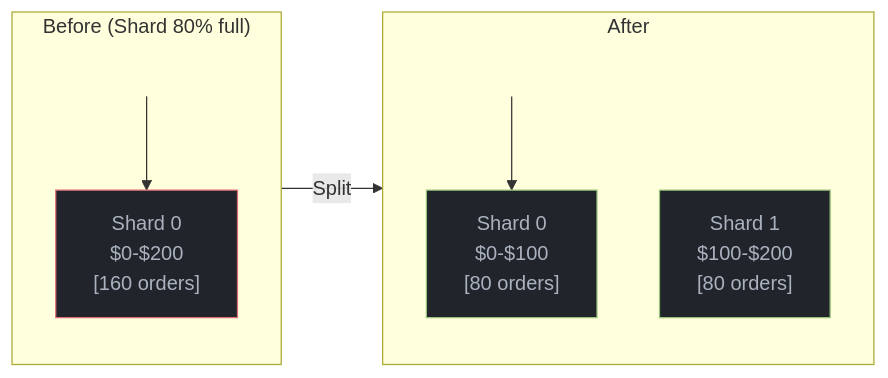
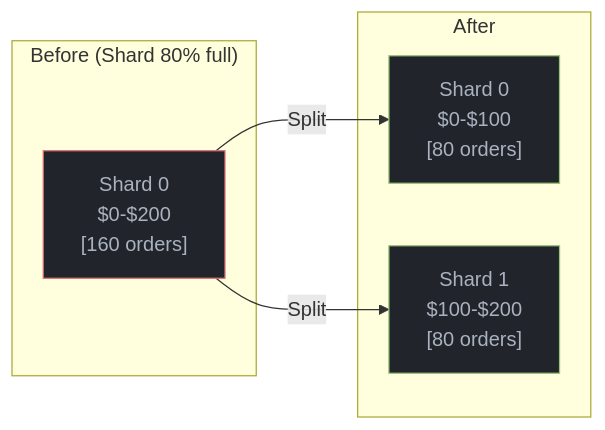
The fifth of 8 diagrams in concepts/sharding.mdx (mgild/mintlify-docs), drawn with Mermaid before and after one commit. The commit also changed other lines of this file and 6 other files, not shown here.

````diff
--- a/concepts/sharding.mdx
+++ b/concepts/sharding.mdx
@@ -175,24 +175,19 @@
 ```mermaid
 
 flowchart LR
     subgraph Before["Before (Shard 80% full)"]
-        BeforeSpacer[ ]
         B0["Shard 0<br/>$0-$200<br/>[160 orders]"]
-        BeforeSpacer --> B0
     end
 
-    Before -->|Split| After
+    B0 -->|Split| A0
+    B0 -->|Split| A1
 
     subgraph After["After"]
-        AfterSpacer[ ]
         A0["Shard 0<br/>$0-$100<br/>[80 orders]"]
         A1["Shard 1<br/>$100-$200<br/>[80 orders]"]
-        AfterSpacer --> A0
     end
 
-    style BeforeSpacer fill:transparent,stroke:transparent,color:transparent
-    style AfterSpacer fill:transparent,stroke:transparent,color:transparent
     style B0 fill:#21252b,stroke:#e06c75,color:#abb2bf
     style A0 fill:#21252b,stroke:#98c379,color:#abb2bf
     style A1 fill:#21252b,stroke:#98c379,color:#abb2bf
 ```
````
